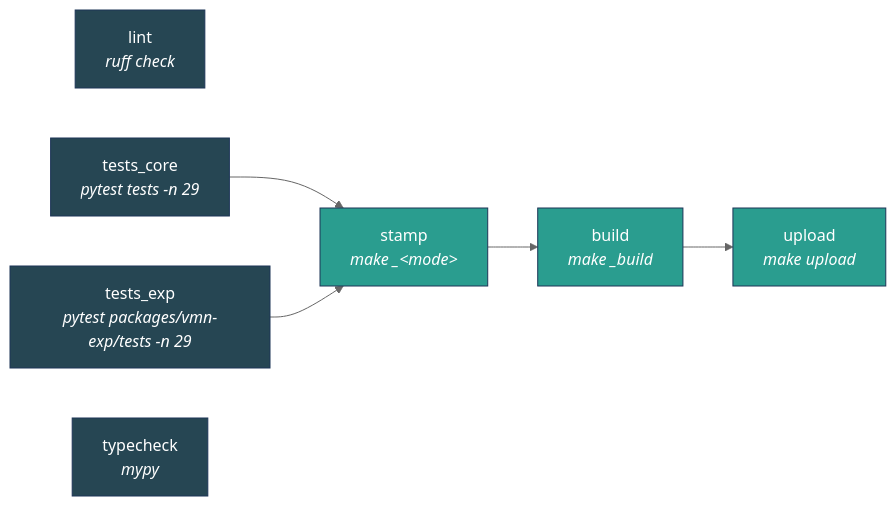
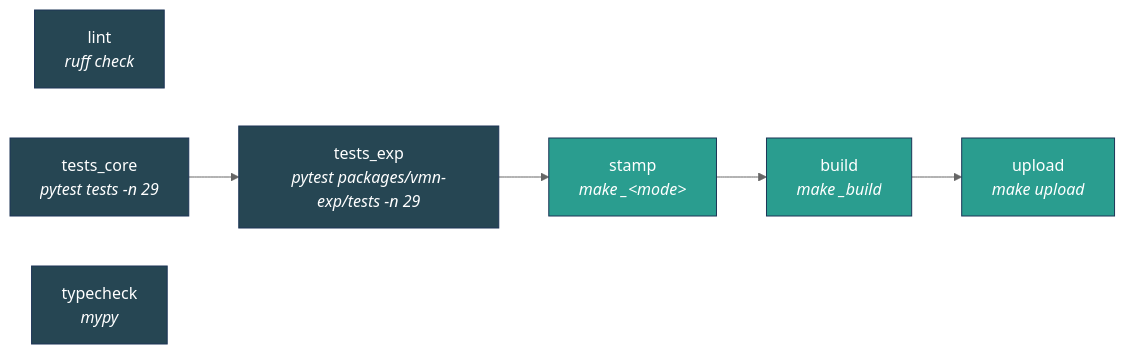
Before and after one commit to progovoy/vmn: the second of 2 diagrams in ci/README.md, drawn with Mermaid (neutral theme). The commit also changed other lines of this file and 4 other files, not shown here.

````diff
--- a/ci/README.md
+++ b/ci/README.md
@@ -44,19 +44,19 @@
 ```mermaid
 graph LR
     lint["lint<br/><i>ruff check</i>"]
     tests_core["tests_core<br/><i>pytest tests -n 29</i>"]
     tests_exp["tests_exp<br/><i>pytest packages/vmn-exp/tests -n 29</i>"]
     typecheck["typecheck<br/><i>mypy</i>"]
-    tests_core --> stamp["stamp<br/><i>make _&lt;mode&gt;</i>"]
-    tests_exp --> stamp
+    tests_core --> tests_exp
+    tests_exp --> stamp["stamp<br/><i>make _&lt;mode&gt;</i>"]
     stamp --> build["build<br/><i>make _build</i>"]
     build --> upload["upload<br/><i>make upload</i>"]
 
     style lint fill:#264653,stroke:#1d3557,color:#fff
     style tests_core fill:#264653,stroke:#1d3557,color:#fff
     style tests_exp fill:#264653,stroke:#1d3557,color:#fff
     style typecheck fill:#264653,stroke:#1d3557,color:#fff
     style stamp fill:#2a9d8f,stroke:#1d3557,color:#fff
     style build fill:#2a9d8f,stroke:#1d3557,color:#fff
     style upload fill:#2a9d8f,stroke:#1d3557,color:#fff
 ```
````
